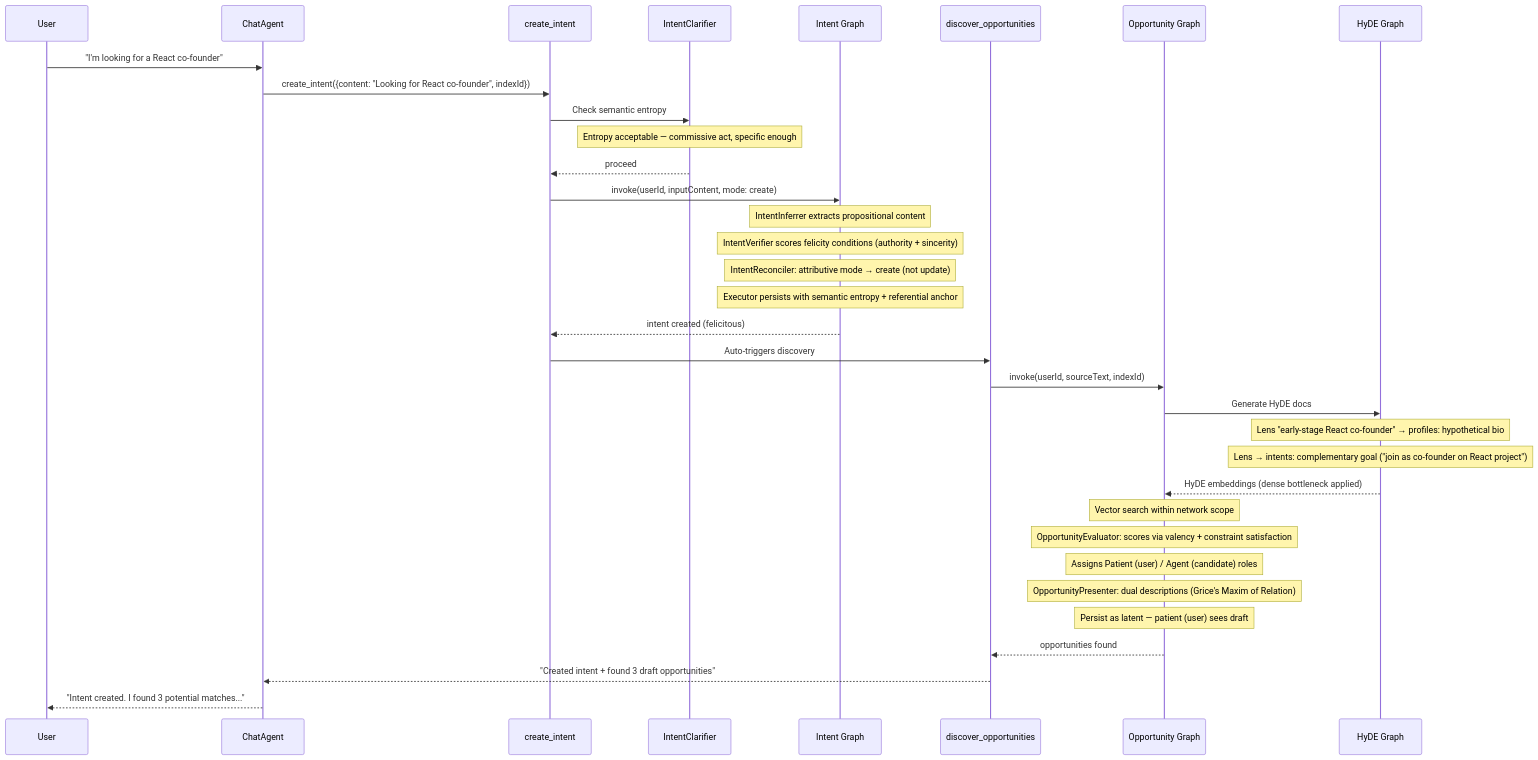
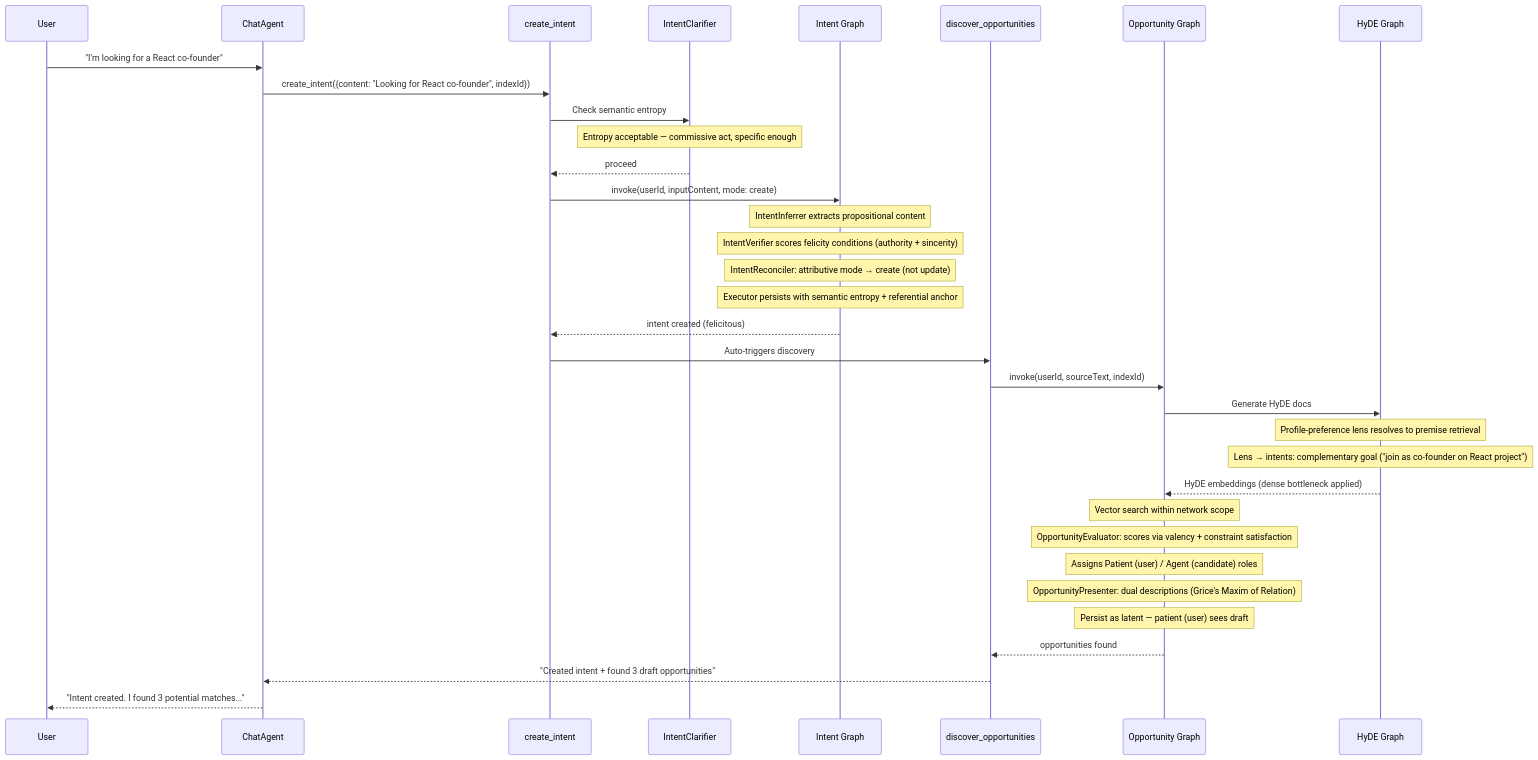
Before and after one commit to indexnetwork/index: the fourth of 5 diagrams in packages/protocol/src/README.md, drawn with Mermaid. The commit also changed other lines of this file and 16 other files, not shown here.

````diff
--- a/packages/protocol/src/README.md
+++ b/packages/protocol/src/README.md
@@ -243,43 +216,43 @@
 ```mermaid
 sequenceDiagram
     participant User
     participant Agent as ChatAgent
     participant CI as create_intent
     participant IC as IntentClarifier
     participant IG as Intent Graph
     participant CO as discover_opportunities
     participant OG as Opportunity Graph
     participant HG as HyDE Graph
 
     User->>Agent: "I'm looking for a React co-founder"
     Agent->>CI: create_intent({content: "Looking for React co-founder", indexId})
 
     CI->>IC: Check semantic entropy
     Note over IC: Entropy acceptable — commissive act, specific enough
     IC-->>CI: proceed
 
     CI->>IG: invoke(userId, inputContent, mode: create)
     Note over IG: IntentInferrer extracts propositional content
     Note over IG: IntentVerifier scores felicity conditions (authority + sincerity)
     Note over IG: IntentReconciler: attributive mode → create (not update)
     Note over IG: Executor persists with semantic entropy + referential anchor
 
     IG-->>CI: intent created (felicitous)
     CI->>CO: Auto-triggers discovery
     CO->>OG: invoke(userId, sourceText, indexId)
 
     OG->>HG: Generate HyDE docs
-    Note over HG: Lens "early-stage React co-founder" → profiles: hypothetical bio
+    Note over HG: Profile-preference lens resolves to premise retrieval
     Note over HG: Lens → intents: complementary goal ("join as co-founder on React project")
     HG-->>OG: HyDE embeddings (dense bottleneck applied)
 
     Note over OG: Vector search within network scope
     Note over OG: OpportunityEvaluator: scores via valency + constraint satisfaction
     Note over OG: Assigns Patient (user) / Agent (candidate) roles
     Note over OG: OpportunityPresenter: dual descriptions (Grice's Maxim of Relation)
     Note over OG: Persist as latent — patient (user) sees draft
 
     OG-->>CO: opportunities found
     CO-->>Agent: "Created intent + found 3 draft opportunities"
     Agent-->>User: "Intent created. I found 3 potential matches..."
 ```
````
